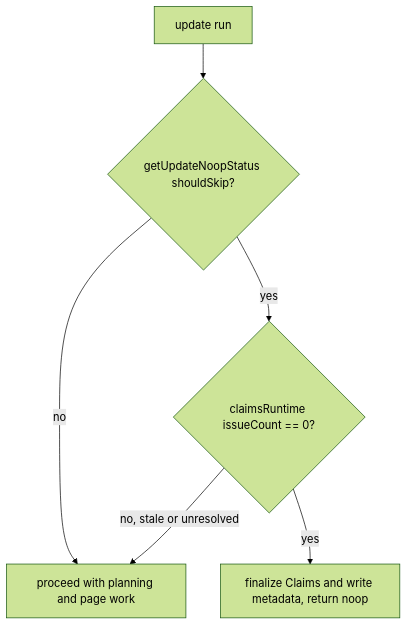
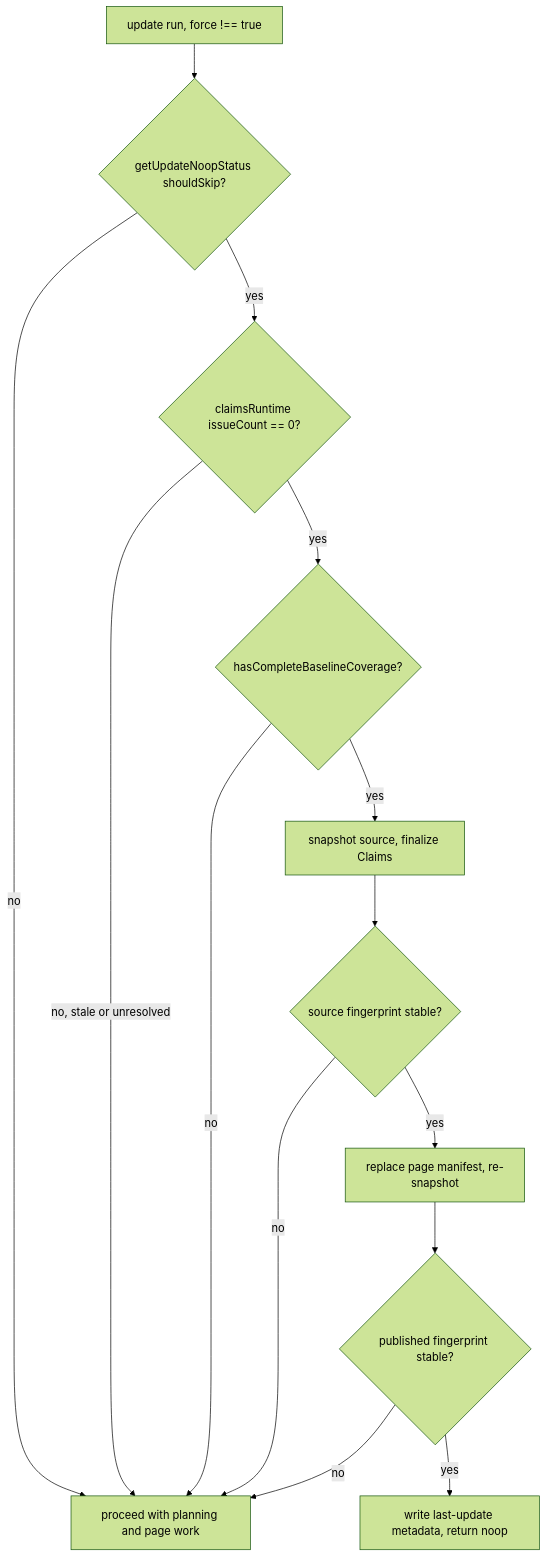
One commit to Christian-Sidak/openwiki changed the second of 4 diagrams in openwiki/workflows/claims-reconciliation.md. Above: the diagram before and after it, drawn with Mermaid (forest theme). The commit also changed other lines of this file and 26 other files, not shown here.

````diff
--- a/openwiki/workflows/claims-reconciliation.md
+++ b/openwiki/workflows/claims-reconciliation.md
@@ -129,8 +143,16 @@
 ```mermaid
 flowchart TD
-  A["update run"] --> B{"getUpdateNoopStatus shouldSkip?"}
+  A["update run, force !== true"] --> B{"getUpdateNoopStatus shouldSkip?"}
   B -->|"no"| P["proceed with planning and page work"]
   B -->|"yes"| C{"claimsRuntime issueCount == 0?"}
   C -->|"no, stale or unresolved"| P
-  C -->|"yes"| D["finalize Claims and write metadata, return noop"]
+  C -->|"yes"| E{"hasCompleteBaselineCoverage?"}
+  E -->|"no"| P
+  E -->|"yes"| F["snapshot source, finalize Claims"]
+  F --> G{"source fingerprint stable?"}
+  G -->|"no"| P
+  G -->|"yes"| H["replace page manifest, re-snapshot"]
+  H --> I{"published fingerprint stable?"}
+  I -->|"no"| P
+  I -->|"yes"| D["write last-update metadata, return noop"]
 ```
````
